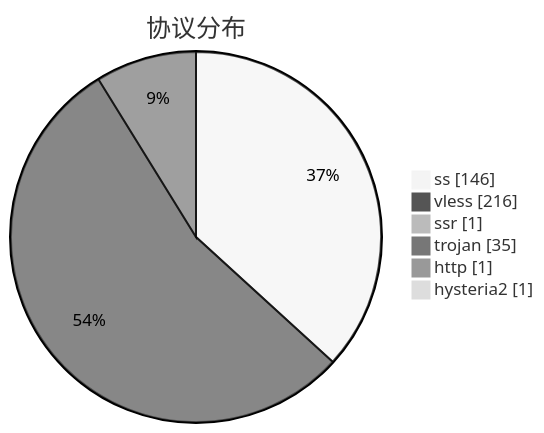
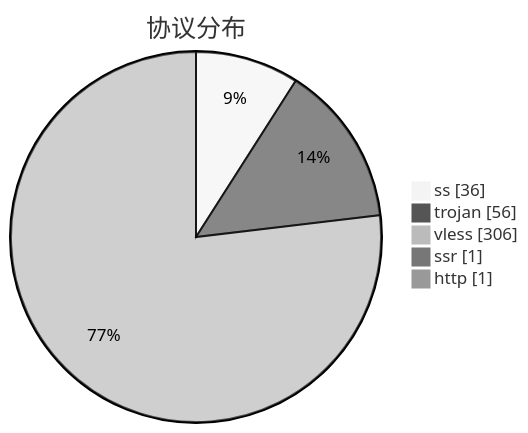
One commit to qjlxg/airport changed the third of 3 diagrams in subs/statistics/tested_within.md. Above: the diagram before and after it, drawn with Mermaid (neutral theme). The commit also changed other lines of this file and 2 other files, not shown here.

````diff
--- a/subs/statistics/tested_within.md
+++ b/subs/statistics/tested_within.md
@@ -18,10 +21,9 @@
 ```mermaid
 pie showData
 title 协议分布
-"ss" : 146
-"vless" : 216
+"ss" : 36
+"trojan" : 56
+"vless" : 306
 "ssr" : 1
-"trojan" : 35
 "http" : 1
-"hysteria2" : 1
 ```
````
